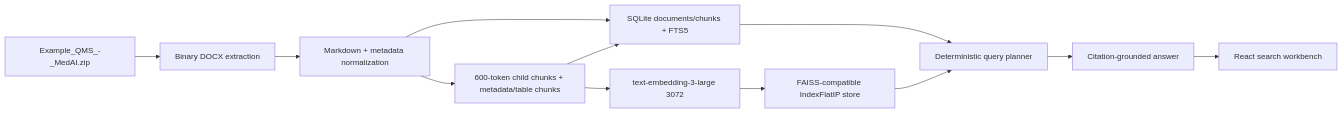
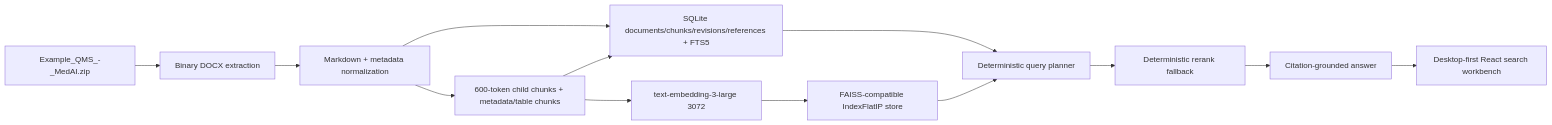
The diagram in README.md (andrewsohrabi/simple-agent-public), drawn with Mermaid before and after one commit. The commit also changed other lines of this file and 68 other files, not shown here.

````diff
--- a/README.md
+++ b/README.md
@@ -102,14 +102,15 @@
 ```mermaid
 flowchart LR
     Zip["Example_QMS_-_MedAI.zip"] --> Extract["Binary DOCX extraction"]
     Extract --> Normalize["Markdown + metadata normalization"]
     Normalize --> Chunk["600-token child chunks + metadata/table chunks"]
-    Normalize --> SQLite["SQLite documents/chunks + FTS5"]
+    Normalize --> SQLite["SQLite documents/chunks/revisions/references + FTS5"]
     Chunk --> Embed["text-embedding-3-large 3072"]
     Chunk --> SQLite
     Embed --> Vector["FAISS-compatible IndexFlatIP store"]
     SQLite --> Search["Deterministic query planner"]
     Vector --> Search
-    Search --> Answer["Citation-grounded answer"]
-    Answer --> UI["React search workbench"]
+    Search --> Rerank["Deterministic rerank fallback"]
+    Rerank --> Answer["Citation-grounded answer"]
+    Answer --> UI["Desktop-first React search workbench"]
 ```
````
